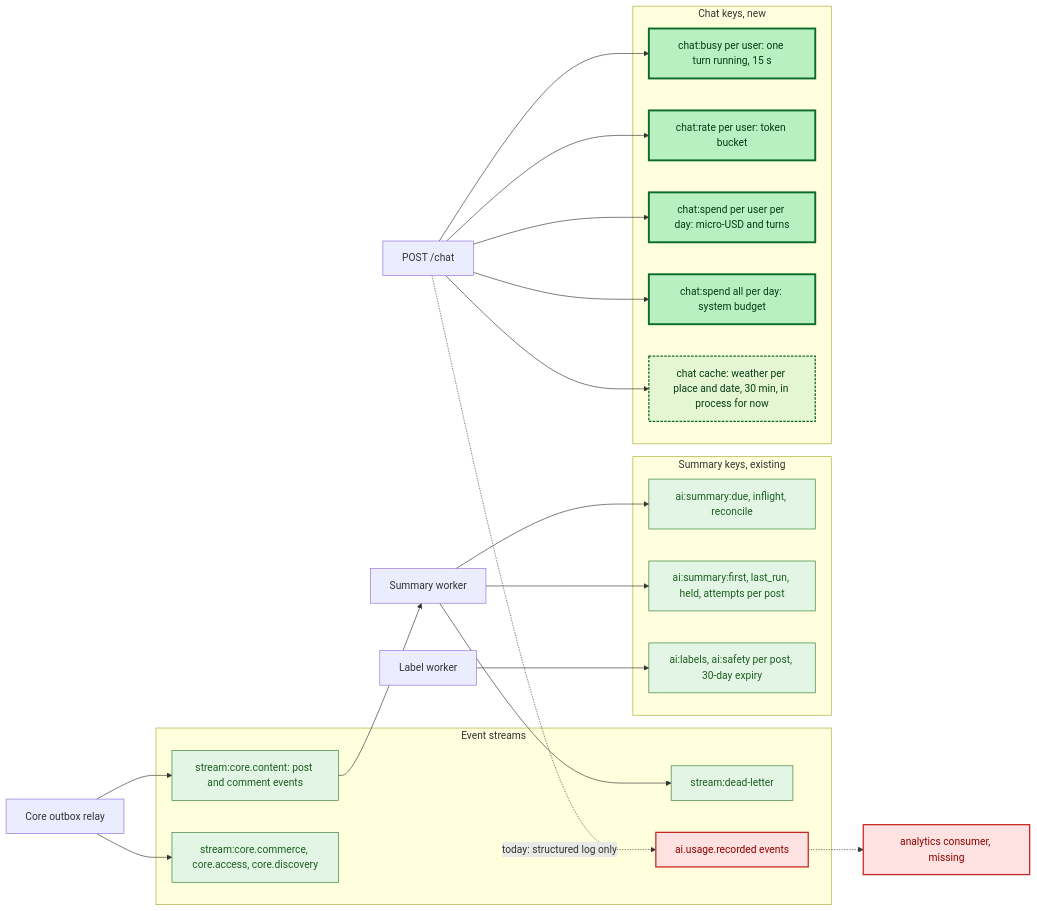
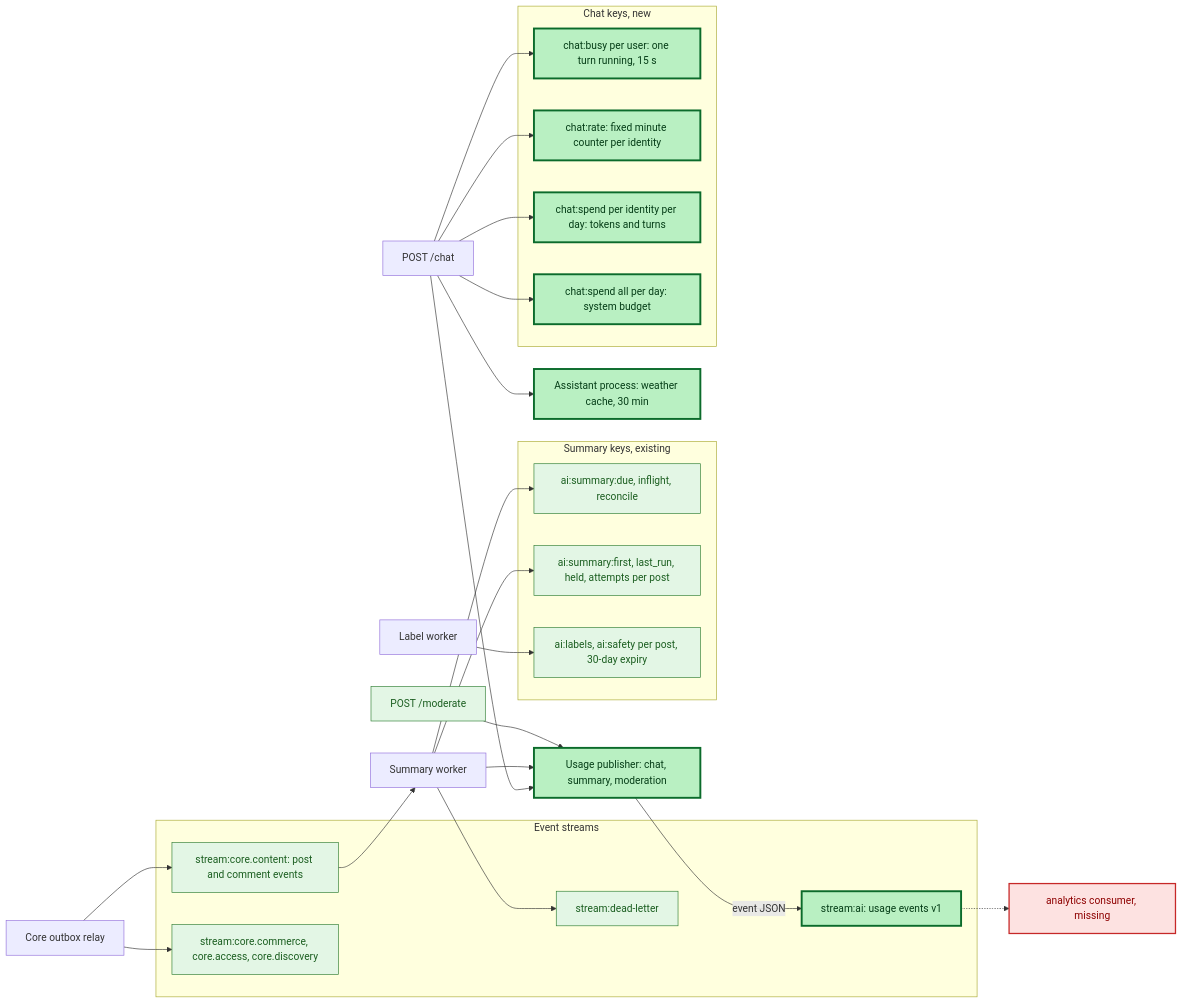
One commit to Sukemcute/tripflix-ai changed the fourth of 5 diagrams in docs/architecture/tripi-agent-kien-truc-chi-tiet.md. Above: the diagram before and after it, drawn with Mermaid. The commit also changed other lines of this file and 4 other files, not shown here.

````diff
--- a/docs/architecture/tripi-agent-kien-truc-chi-tiet.md
+++ b/docs/architecture/tripi-agent-kien-truc-chi-tiet.md
@@ -327,43 +343,48 @@
 ```mermaid
 flowchart LR
 classDef built fill:#b9f0c2,stroke:#0b6b2b,color:#053d17,stroke-width:3px
 classDef partbuilt fill:#e4f7d2,stroke:#0b6b2b,color:#053d17,stroke-width:2px,stroke-dasharray:4 2
 classDef exists fill:#e3f6e5,stroke:#2e7d32,color:#1b5e20
 classDef missing fill:#fde2e1,stroke:#c62828,color:#8e0000,stroke-width:2px
 
 subgraph STR["Event streams"]
   ST_CON["stream:core.content: post and comment events"]:::exists
   ST_OTH["stream:core.commerce, core.access, core.discovery"]:::exists
   ST_DLQ["stream:dead-letter"]:::exists
-  ST_USE["ai.usage.recorded events"]:::missing
+  ST_USE["stream:ai: usage events v1"]:::built
 end
 
 subgraph SUMK["Summary keys, existing"]
   K1["ai:summary:due, inflight, reconcile"]:::exists
   K2["ai:summary:first, last_run, held, attempts per post"]:::exists
   K3["ai:labels, ai:safety per post, 30-day expiry"]:::exists
 end
 
 subgraph CHK["Chat keys, new"]
   C1["chat:busy per user: one turn running, 15 s"]:::built
-  C2["chat:rate per user: token bucket"]:::built
-  C3["chat:spend per user per day: micro-USD and turns"]:::built
+  C2["chat:rate: fixed minute counter per identity"]:::built
+  C3["chat:spend per identity per day: tokens and turns"]:::built
   C4["chat:spend all per day: system budget"]:::built
-  C5["chat cache: weather per place and date, 30 min, in process for now"]:::partbuilt
-end
+  end
+
+C5["Assistant process: weather cache, 30 min"]:::built
+P_USE["Usage publisher: chat, summary, moderation"]:::built
 
 OUTBOX["Core outbox relay"] --> ST_CON
 OUTBOX --> ST_OTH
 ST_CON --> SW["Summary worker"]
 SW --> K1
 SW --> K2
 LW["Label worker"] --> K3
 SW --> ST_DLQ
 CHATS["POST /chat"] --> C1
 CHATS --> C2
 CHATS --> C3
 CHATS --> C4
 CHATS --> C5
-CHATS -.->|"today: structured log only"| ST_USE
+CHATS --> P_USE
+SW --> P_USE
+MODERATION["POST /moderate"]:::exists --> P_USE
+P_USE -->|"event JSON"| ST_USE
 ST_USE -.-> ANA["analytics consumer, missing"]:::missing
 ```
````
